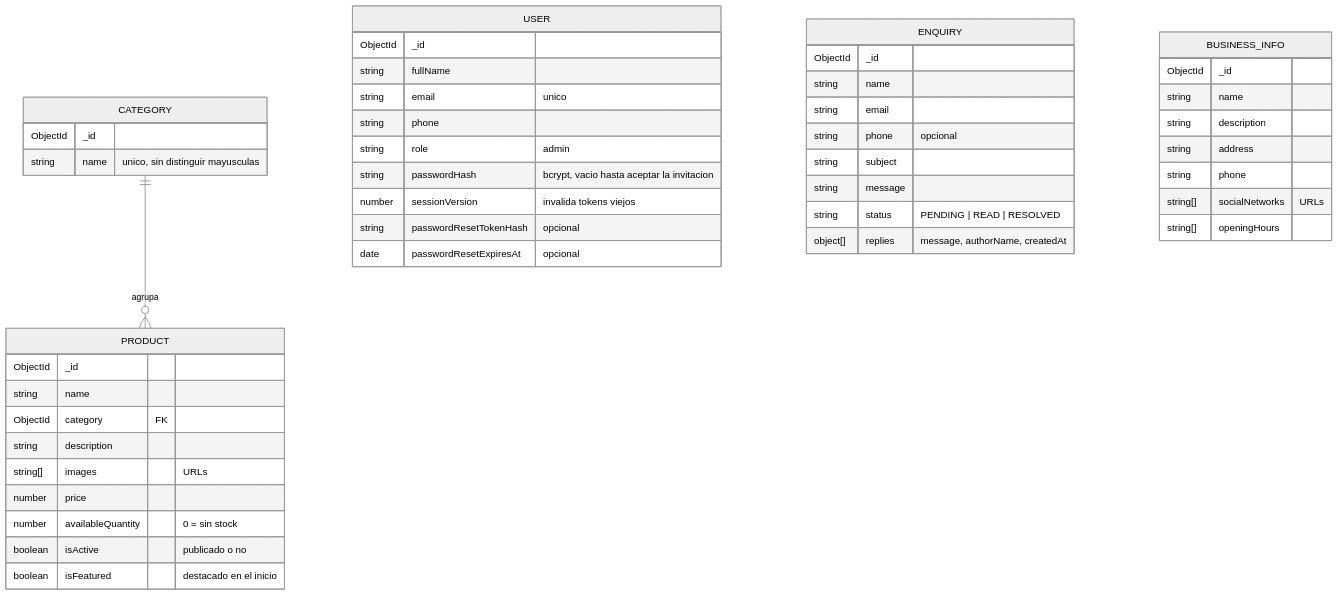
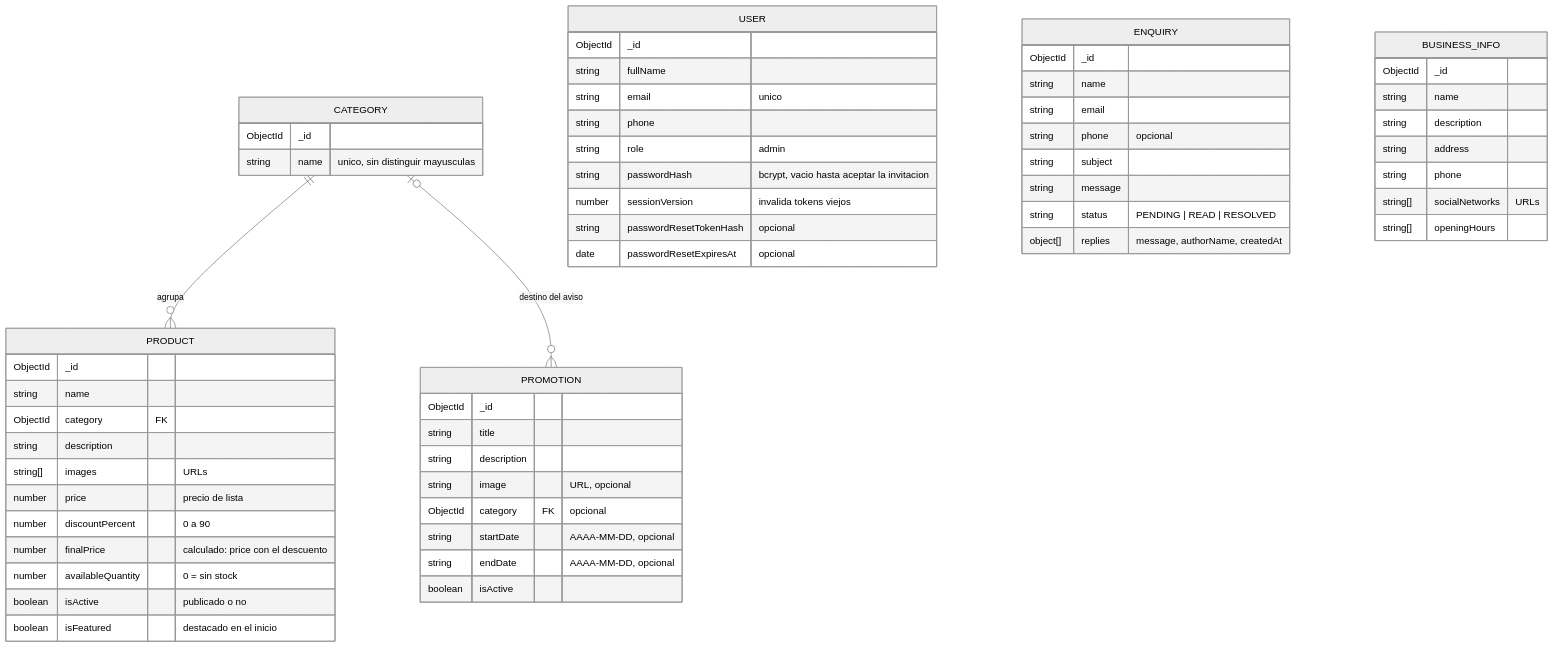
One commit to FranciscoMessina/tp-aplicaciones-interactivas changed the diagram in docs/modelo-de-datos.md. Above: the diagram before and after it, drawn with Mermaid (neutral theme). The commit also changed other lines of this file and 46 other files, not shown here.

````diff
--- a/docs/modelo-de-datos.md
+++ b/docs/modelo-de-datos.md
@@ -7,49 +7,62 @@
 ```mermaid
 erDiagram
     CATEGORY ||--o{ PRODUCT : "agrupa"
+    CATEGORY |o--o{ PROMOTION : "destino del aviso"
     CATEGORY {
         ObjectId _id
         string name "unico, sin distinguir mayusculas"
     }
     PRODUCT {
         ObjectId _id
         string name
         ObjectId category FK
         string description
         string[] images "URLs"
-        number price
+        number price "precio de lista"
+        number discountPercent "0 a 90"
+        number finalPrice "calculado: price con el descuento"
         number availableQuantity "0 = sin stock"
         boolean isActive "publicado o no"
         boolean isFeatured "destacado en el inicio"
+    }
+    PROMOTION {
+        ObjectId _id
+        string title
+        string description
+        string image "URL, opcional"
+        ObjectId category FK "opcional"
+        string startDate "AAAA-MM-DD, opcional"
+        string endDate "AAAA-MM-DD, opcional"
+        boolean isActive
     }
     USER {
         ObjectId _id
         string fullName
         string email "unico"
         string phone
         string role "admin"
         string passwordHash "bcrypt, vacio hasta aceptar la invitacion"
         number sessionVersion "invalida tokens viejos"
         string passwordResetTokenHash "opcional"
         date passwordResetExpiresAt "opcional"
     }
     ENQUIRY {
         ObjectId _id
         string name
         string email
         string phone "opcional"
         string subject
         string message
         string status "PENDING | READ | RESOLVED"
         object[] replies "message, authorName, createdAt"
     }
     BUSINESS_INFO {
         ObjectId _id
         string name
         string description
         string address
         string phone
         string[] socialNetworks "URLs"
         string[] openingHours
     }
 ```
````
